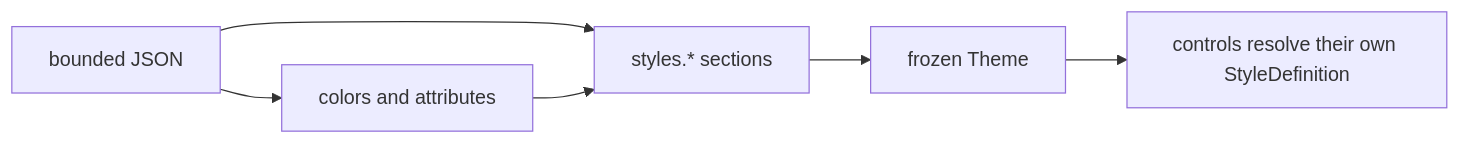
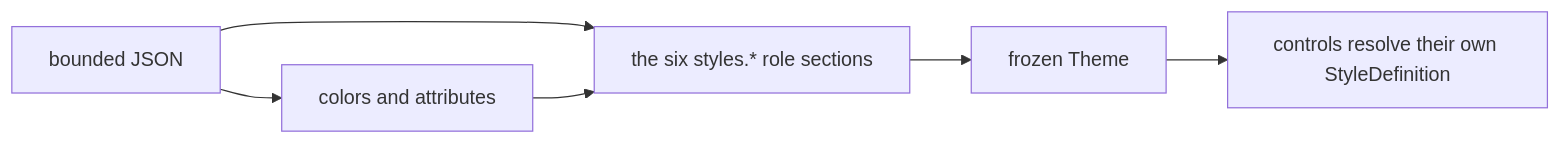
One commit to pavkam/sharp-vision changed the diagram in docs/concepts/themes.md. Above: the diagram before and after it, drawn with Mermaid. The commit also changed other lines of this file and 72 other files, not shown here.

````diff
--- a/docs/concepts/themes.md
+++ b/docs/concepts/themes.md
@@ -11,8 +11,8 @@
 ```mermaid
 flowchart LR
     JSON["bounded JSON"] --> Values["colors and attributes"]
-    JSON --> Styles["styles.* sections"]
+    JSON --> Styles["the six styles.* role sections"]
     Values --> Styles
     Styles --> Theme["frozen Theme"]
     Theme --> Controls["controls resolve their own StyleDefinition"]
 ```
````
